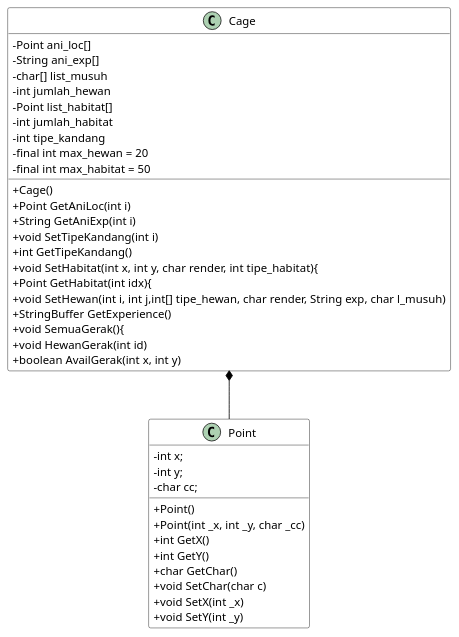
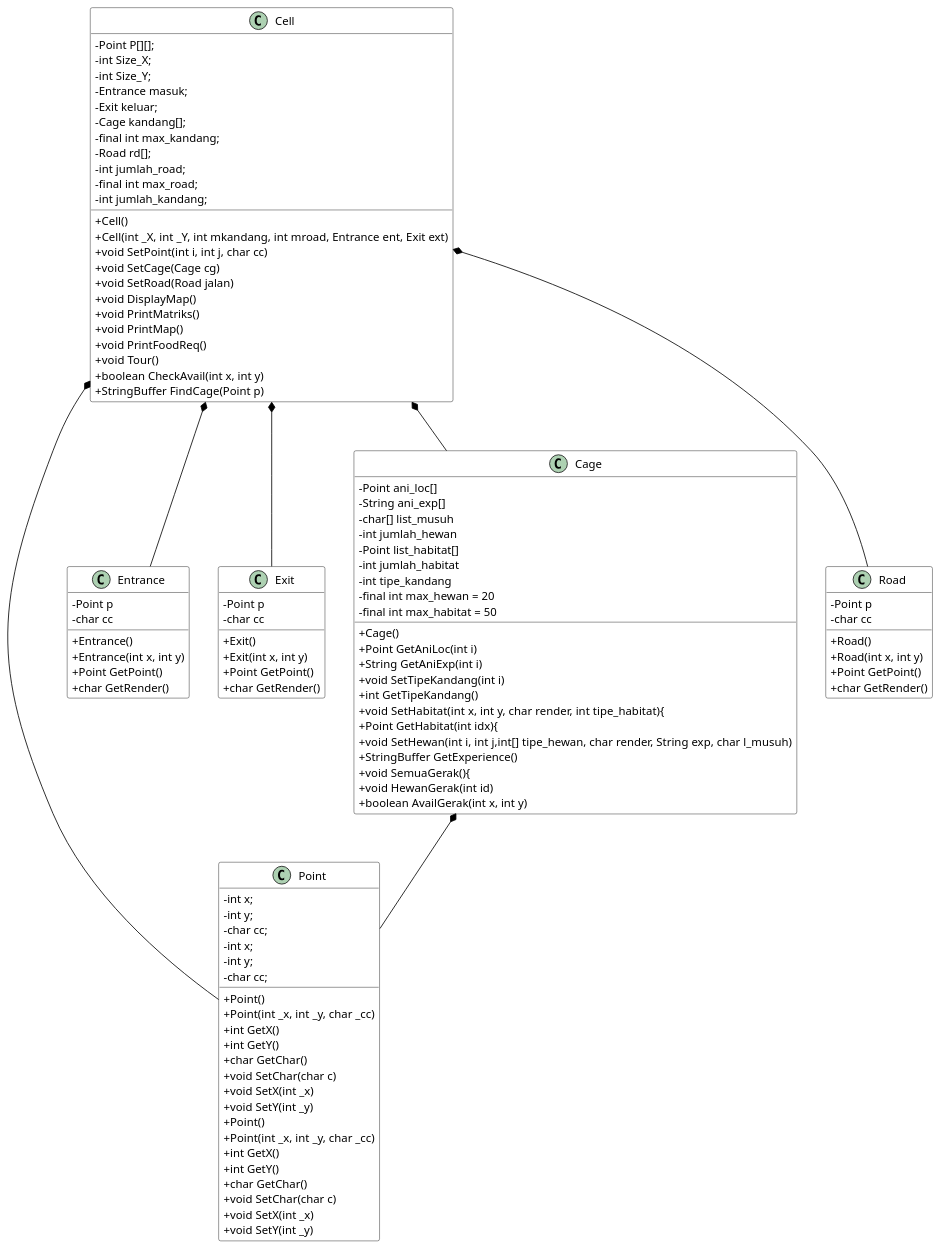
The diagram in src/zoo.puml (FNicon/ZaffZoo_VZ02), drawn with PlantUML before and after one commit. The commit also changed 35 other files, not shown here.

```diff
--- a/src/zoo.puml
+++ b/src/zoo.puml
@@ -8,50 +8,122 @@
 @startuml
 skinparam classAttributeIconSize 0
 skinparam class {
 BackgroundColor White
 ArrowColor Black
 BorderColor Black
 }
+
+Cell *-- Point
+Cell *-- Entrance
+Cell *-- Exit
+Cell *-- Cage
+Cell *-- Road
+
+class Cell {
+-Point P[][];
+-int Size_X;
+-int Size_Y;
+-Entrance masuk;
+-Exit keluar;
+-Cage kandang[];
+-final int max_kandang;
+-Road rd[];
+-int jumlah_road;
+-final int max_road;
+-int jumlah_kandang;
++Cell()
++Cell(int _X, int _Y, int mkandang, int mroad, Entrance ent, Exit ext)
++void SetPoint(int i, int j, char cc)
++void SetCage(Cage cg)
++void SetRoad(Road jalan)
++void DisplayMap()
++void PrintMatriks()
++void PrintMap()
++void PrintFoodReq()
++void Tour()
++boolean CheckAvail(int x, int y)
++StringBuffer FindCage(Point p)
+}
+
+
+class Road {
+-Point p
+-char cc
++Road()
++Road(int x, int y)
++Point GetPoint()
++char GetRender()
+}
+class Entrance {
+-Point p
+-char cc
++Entrance()
++Entrance(int x, int y)
++Point GetPoint()
++char GetRender()
+}
+class Exit {
+-Point p
+-char cc
++Exit()
++Exit(int x, int y)
++Point GetPoint()
++char GetRender()
+}
+class Point {
+-int x;
+-int y;
+-char cc;
++Point()
++Point(int _x, int _y, char _cc)
++int GetX()
++int GetY()
++char GetChar()
++void SetChar(char c)
++void SetX(int _x)
++void SetY(int _y)
+}
+
 Cage *-- Point
 
 class Cage {
 -Point ani_loc[]
 -String ani_exp[]
 -char[] list_musuh
 -int jumlah_hewan
 -Point list_habitat[]
 -int jumlah_habitat
 -int tipe_kandang
 -final int max_hewan = 20
 -final int max_habitat = 50
 
 
 +Cage()
 +Point GetAniLoc(int i)
 +String GetAniExp(int i)
 +void SetTipeKandang(int i)
 +int GetTipeKandang()
 +void SetHabitat(int x, int y, char render, int tipe_habitat){
 +Point GetHabitat(int idx){
 +void SetHewan(int i, int j,int[] tipe_hewan, char render, String exp, char l_musuh)
 +StringBuffer GetExperience()
 +void SemuaGerak(){
 +void HewanGerak(int id)
 +boolean AvailGerak(int x, int y)
 }
 
 class Point {
 -int x;
 -int y;
 -char cc;
 +Point()
 +Point(int _x, int _y, char _cc)
 +int GetX()
 +int GetY()
 +char GetChar()
 +void SetChar(char c)
 +void SetX(int _x)
 +void SetY(int _y)
 }
 
 @enduml
```
